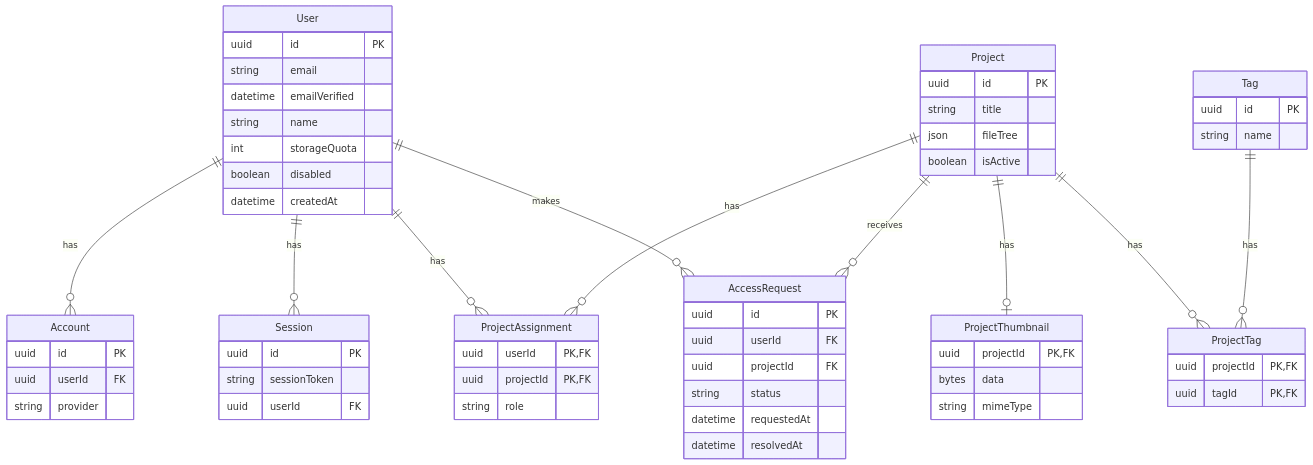
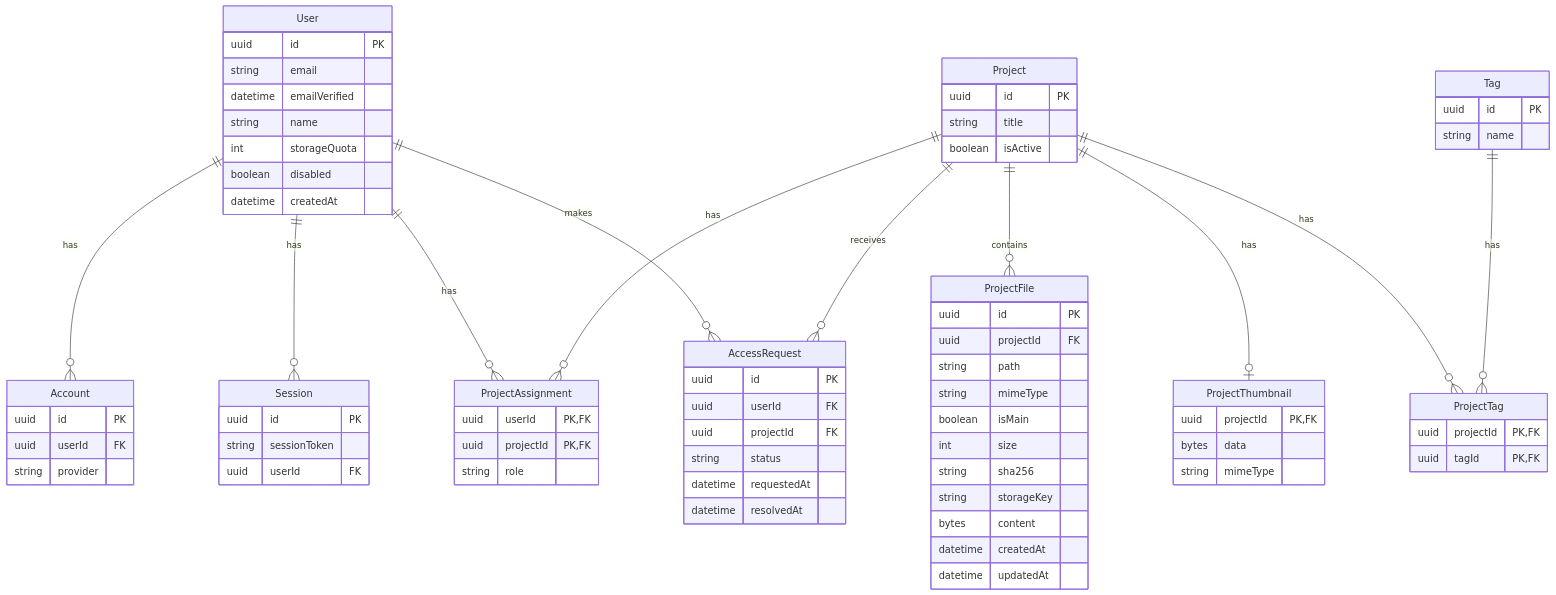
The diagram in docs/docs/techdocs/architecture/database.md (ISC-HEI/tisc-editor), drawn with Mermaid before and after one commit. The commit also changed other lines of this file and 7 other files, not shown here.

````diff
--- a/docs/docs/techdocs/architecture/database.md
+++ b/docs/docs/techdocs/architecture/database.md
@@ -7,64 +7,77 @@
 ```mermaid
 erDiagram
     User {
         uuid id PK
         string email
         datetime emailVerified
         string name
         int storageQuota
         boolean disabled
         datetime createdAt
     }
     Project {
         uuid id PK
         string title
-        json fileTree
         boolean isActive
+    }
+    ProjectFile {
+        uuid id PK
+        uuid projectId FK
+        string path
+        string mimeType
+        boolean isMain
+        int size
+        string sha256
+        string storageKey
+        bytes content
+        datetime createdAt
+        datetime updatedAt
     }
     ProjectThumbnail {
         uuid projectId PK, FK
         bytes data
         string mimeType
     }
     Tag {
         uuid id PK
         string name
     }
     AccessRequest {
         uuid id PK
         uuid userId FK
         uuid projectId FK
         string status
         datetime requestedAt
         datetime resolvedAt
     }
     Account {
         uuid id PK
         uuid userId FK
         string provider
     }
     Session {
         uuid id PK
         string sessionToken
         uuid userId FK
     }
     ProjectAssignment {
         uuid userId PK, FK
         uuid projectId PK, FK
         string role
     }
     ProjectTag {
         uuid projectId PK, FK
         uuid tagId PK, FK
     }
 
     User ||--o{ Account : has
     User ||--o{ Session : has
     User ||--o{ ProjectAssignment : has
     User ||--o{ AccessRequest : makes
     Project ||--o{ ProjectAssignment : has
     Project ||--o{ AccessRequest : receives
+    Project ||--o{ ProjectFile : contains
     Project ||--o| ProjectThumbnail : has
     Project ||--o{ ProjectTag : has
     Tag ||--o{ ProjectTag : has
 ```
````
